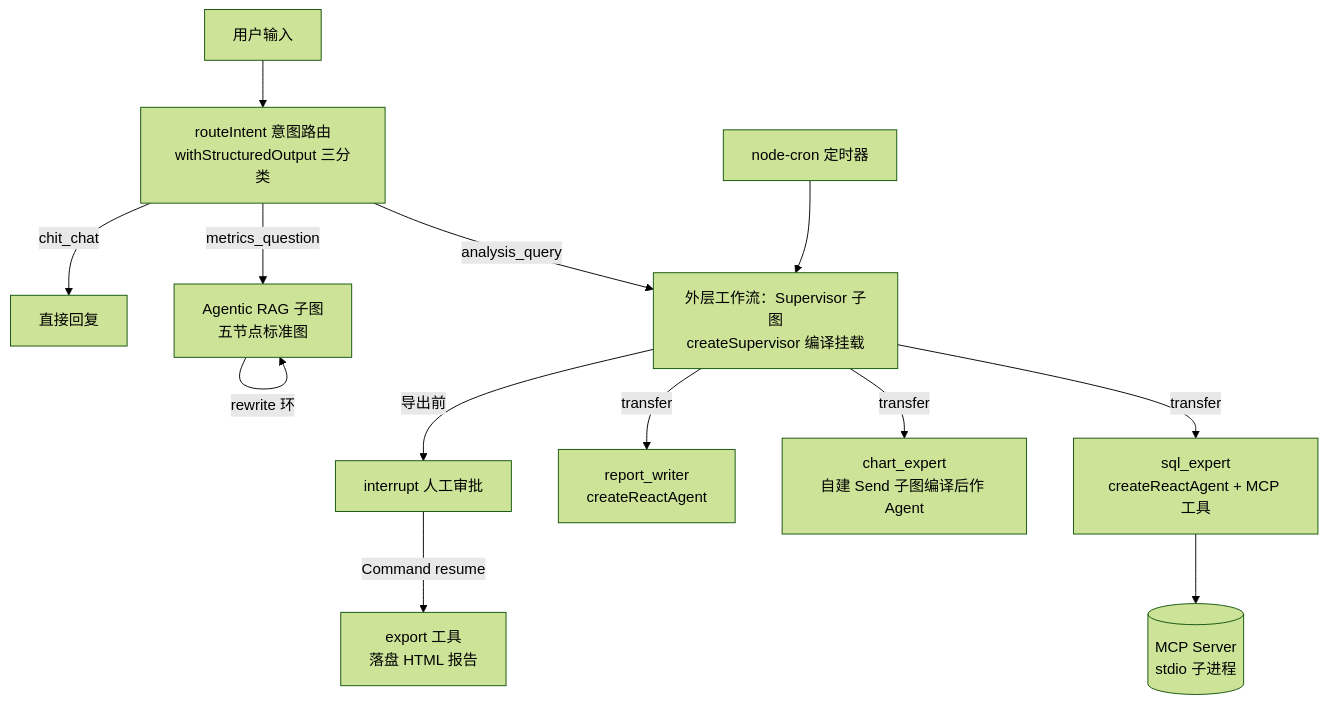
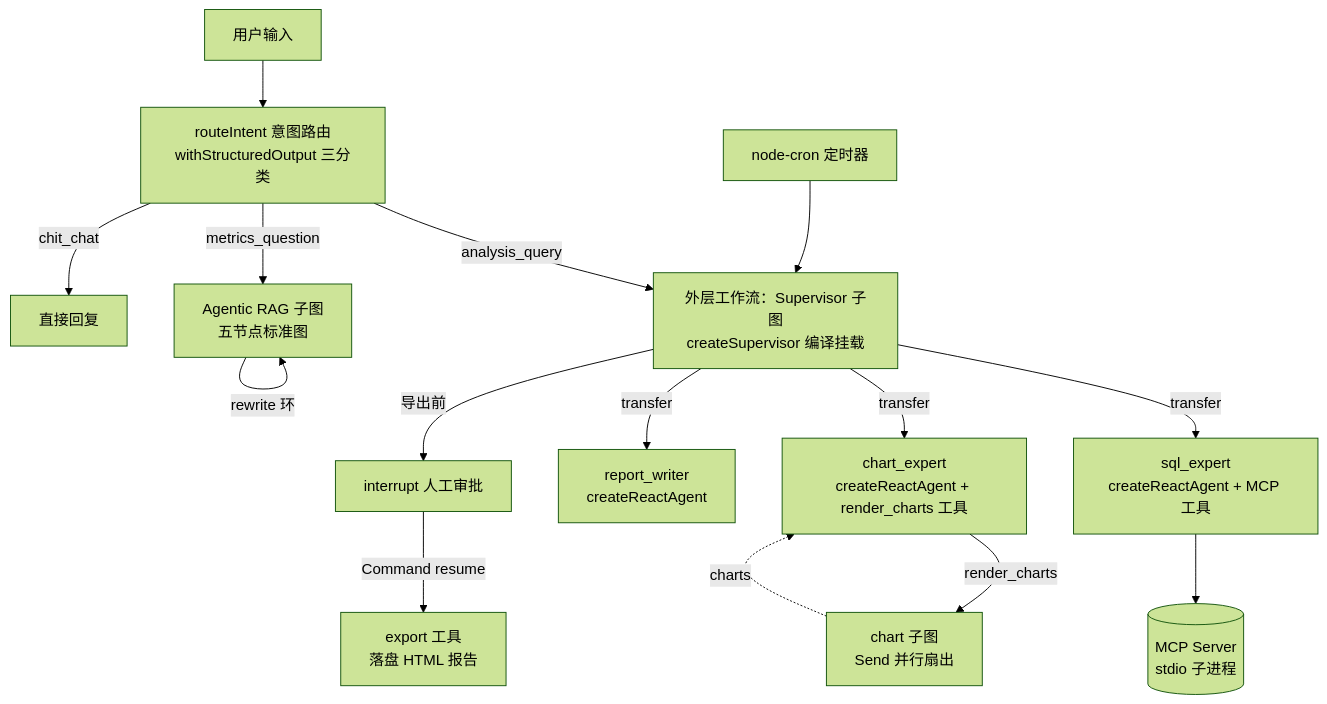
One commit to belos-street/kb-vault changed the first of 2 diagrams in src/artificial-intelligence/agent/agent-fullstack/projects/03-data-analysis/README.md. Above: the diagram before and after it, drawn with Mermaid (forest theme). The commit also changed other lines of this file, not shown here.

````diff
--- a/src/artificial-intelligence/agent/agent-fullstack/projects/03-data-analysis/README.md
+++ b/src/artificial-intelligence/agent/agent-fullstack/projects/03-data-analysis/README.md
@@ -81,15 +81,17 @@
 ```mermaid
 flowchart TB
     U[用户输入] --> RI[routeIntent 意图路由<br/>withStructuredOutput 三分类]
     RI -->|analysis_query| WF[外层工作流：Supervisor 子图<br/>createSupervisor 编译挂载]
     RI -->|metrics_question| RAG[Agentic RAG 子图<br/>五节点标准图]
     RI -->|chit_chat| RC[直接回复]
     WF -->|transfer| SQL[sql_expert<br/>createReactAgent + MCP 工具]
-    WF -->|transfer| CHT[chart_expert<br/>自建 Send 子图编译后作 Agent]
+    WF -->|transfer| CHT[chart_expert<br/>createReactAgent + render_charts 工具]
+    CHT -->|render_charts| CG[chart 子图<br/>Send 并行扇出]
+    CG -.->|charts| CHT
     WF -->|transfer| RPT[report_writer<br/>createReactAgent]
     SQL --> MCP[(MCP Server<br/>stdio 子进程)]
     RAG -->|rewrite 环| RAG
     WF -->|导出前| HITL[interrupt 人工审批]
     HITL -->|Command resume| EXP[export 工具<br/>落盘 HTML 报告]
     CRON[node-cron 定时器] --> WF
 ```
````
